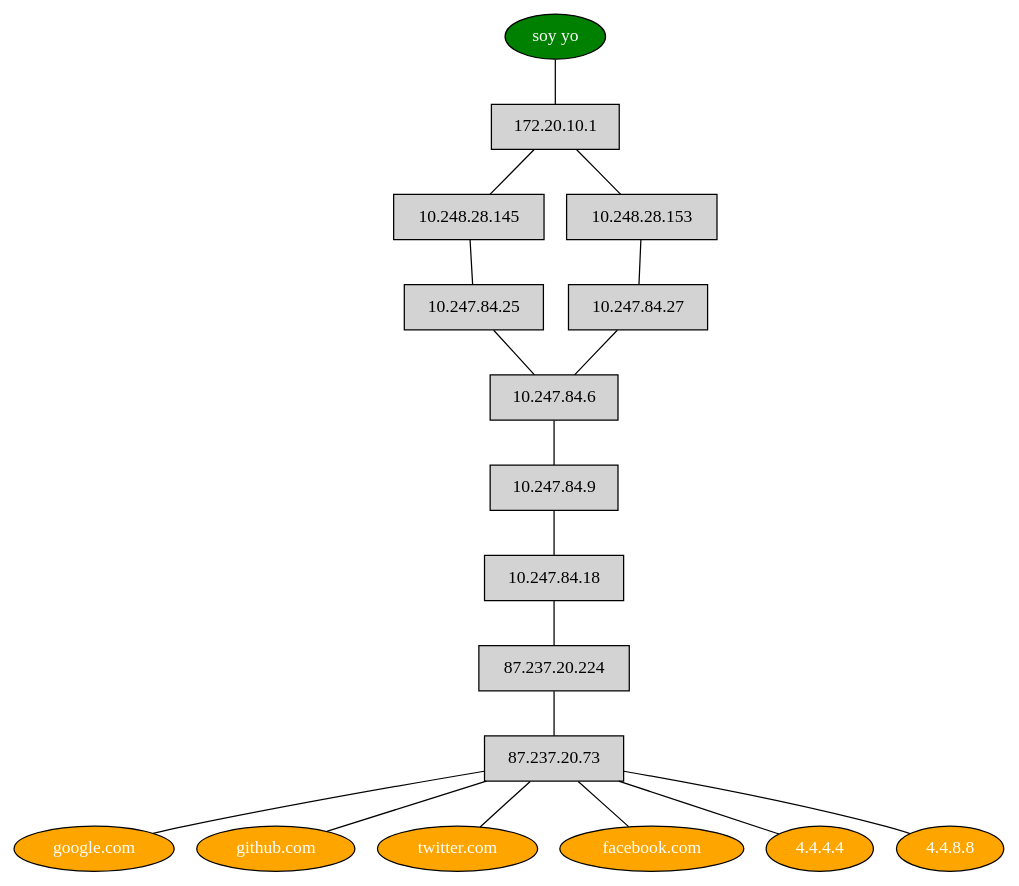
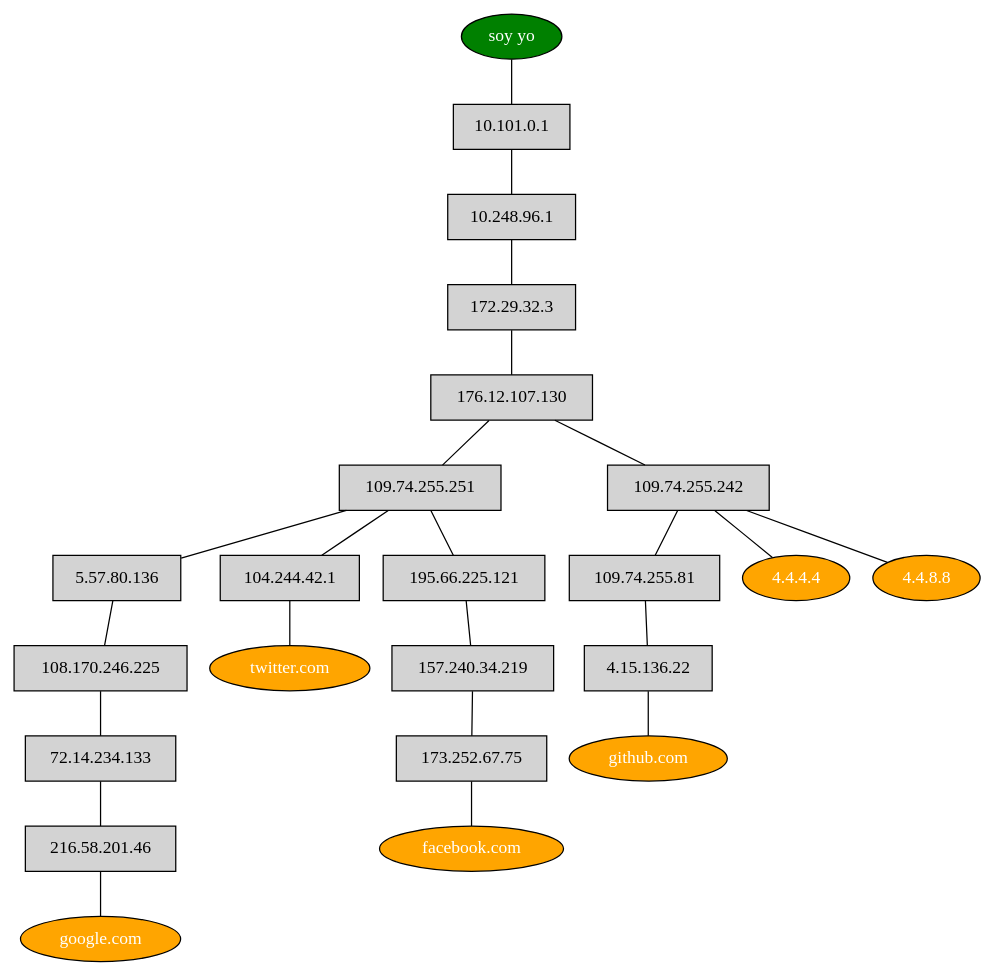
The diagram in example.dot (deanturpin/hosts2dot), drawn with Graphviz before and after one commit. The commit also changed 2 other files, not shown here.

```diff
--- a/example.dot
+++ b/example.dot
@@ -1,18 +1,18 @@
 strict graph {
 
   node [shape=rectangle style=filled]
   "soy yo" [fillcolor=green shape=oval fontcolor=white]
 
-	"soy yo"--"172.20.10.1"--"10.248.28.145"--"10.247.84.25"--"10.247.84.6"--"10.247.84.9"--"10.247.84.18"--"87.237.20.224"--"87.237.20.73"--"google.com"
+	"soy yo"--"10.101.0.1"--"10.248.96.1"--"172.29.32.3"--"176.12.107.130"--"109.74.255.251"--"5.57.80.136"--"108.170.246.225"--"72.14.234.133"--"216.58.201.46"--"google.com"
 	"google.com" [fillcolor=orange shape=oval fontcolor=white]
-	"soy yo"--"172.20.10.1"--"10.248.28.153"--"10.247.84.27"--"10.247.84.6"--"10.247.84.9"--"10.247.84.18"--"87.237.20.224"--"87.237.20.73"--"github.com"
+	"soy yo"--"10.101.0.1"--"10.248.96.1"--"172.29.32.3"--"176.12.107.130"--"109.74.255.242"--"109.74.255.81"--"4.15.136.22"--"github.com"
 	"github.com" [fillcolor=orange shape=oval fontcolor=white]
-	"soy yo"--"172.20.10.1"--"10.248.28.145"--"10.247.84.25"--"10.247.84.6"--"10.247.84.9"--"10.247.84.18"--"87.237.20.224"--"87.237.20.73"--"twitter.com"
+	"soy yo"--"10.101.0.1"--"10.248.96.1"--"172.29.32.3"--"176.12.107.130"--"109.74.255.251"--"104.244.42.1"--"twitter.com"
 	"twitter.com" [fillcolor=orange shape=oval fontcolor=white]
-	"soy yo"--"172.20.10.1"--"10.248.28.153"--"10.247.84.27"--"10.247.84.6"--"10.247.84.9"--"10.247.84.18"--"87.237.20.224"--"87.237.20.73"--"facebook.com"
+	"soy yo"--"10.101.0.1"--"10.248.96.1"--"172.29.32.3"--"176.12.107.130"--"109.74.255.251"--"195.66.225.121"--"157.240.34.219"--"173.252.67.75"--"facebook.com"
 	"facebook.com" [fillcolor=orange shape=oval fontcolor=white]
-	"soy yo"--"172.20.10.1"--"10.248.28.145"--"10.247.84.25"--"10.247.84.6"--"10.247.84.9"--"10.247.84.18"--"87.237.20.224"--"87.237.20.73"--"4.4.4.4"
+	"soy yo"--"10.101.0.1"--"10.248.96.1"--"172.29.32.3"--"176.12.107.130"--"109.74.255.242"--"4.4.4.4"
 	"4.4.4.4" [fillcolor=orange shape=oval fontcolor=white]
-	"soy yo"--"172.20.10.1"--"10.248.28.145"--"10.247.84.25"--"10.247.84.6"--"10.247.84.9"--"10.247.84.18"--"87.237.20.224"--"87.237.20.73"--"4.4.8.8"
+	"soy yo"--"10.101.0.1"--"10.248.96.1"--"172.29.32.3"--"176.12.107.130"--"109.74.255.242"--"4.4.8.8"
 	"4.4.8.8" [fillcolor=orange shape=oval fontcolor=white]
 }
```
